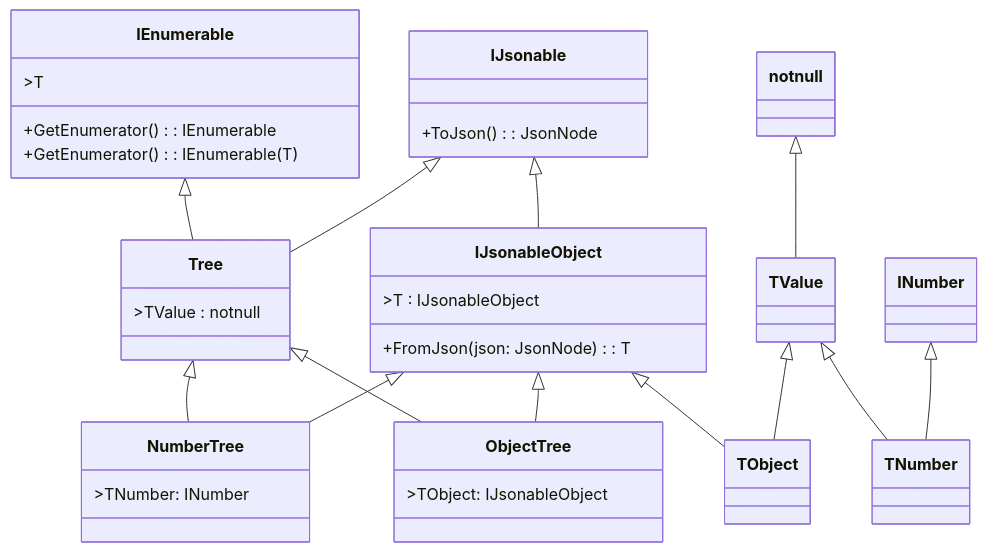
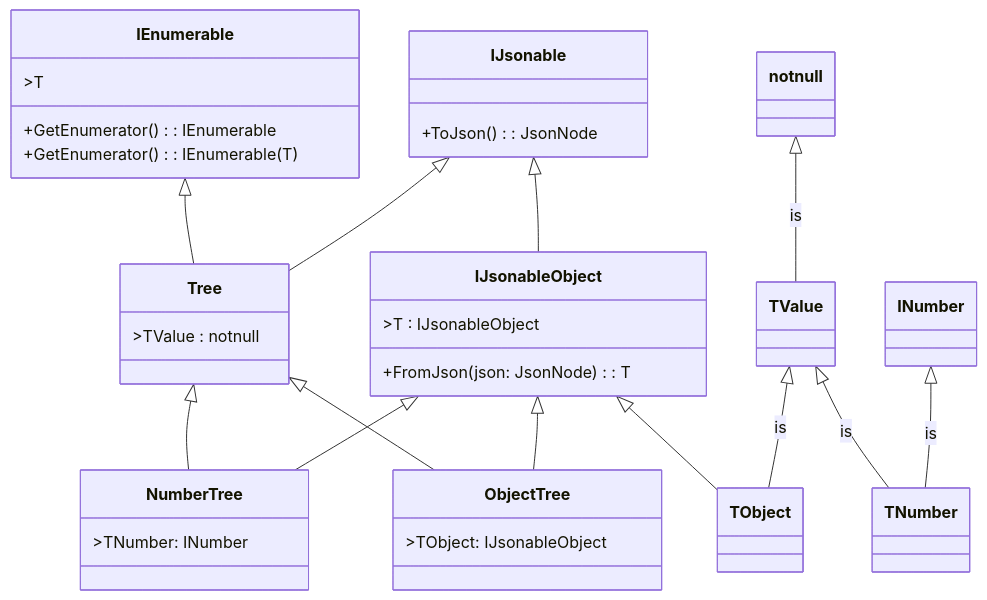
Before and after one commit to Galacticai/GalacticLib.Complete: the diagram in Objects/DataStructure/Trees/README.md, drawn with Mermaid.

Commit message:
update: add labels

````diff
--- a/Objects/DataStructure/Trees/README.md
+++ b/Objects/DataStructure/Trees/README.md
@@ -11,40 +11,40 @@
 ```mermaid
 classDiagram
     class IEnumerable {
         >T
         +GetEnumerator() : IEnumerable
         +GetEnumerator() : : IEnumerable(T)
     }
 
     class IJsonable {
         +ToJson(): JsonNode
     }
     class IJsonableObject {
         >T : IJsonableObject
         +FromJson(json: JsonNode): T
     }
 
     IJsonable <|-- IJsonableObject
 
     IEnumerable <|-- Tree
     IJsonable <|-- Tree
     class Tree {
         >TValue : notnull
     }
     Tree <|-- NumberTree
     IJsonableObject <|-- NumberTree
     class ObjectTree {
         >TObject: IJsonableObject
     }
     Tree <|-- ObjectTree
     IJsonableObject <|-- ObjectTree
     class NumberTree {
         >TNumber: INumber
     }
-    notnull <|-- TValue
-    TValue <|-- TNumber
+    notnull <|-- TValue : is
+    TValue <|-- TNumber : is
     IJsonableObject <|-- TObject
-    TValue <|-- TObject
-    INumber <|-- TNumber
+    TValue<|-- TObject : is
+    INumber<|-- TNumber : is
 
 ```
````
